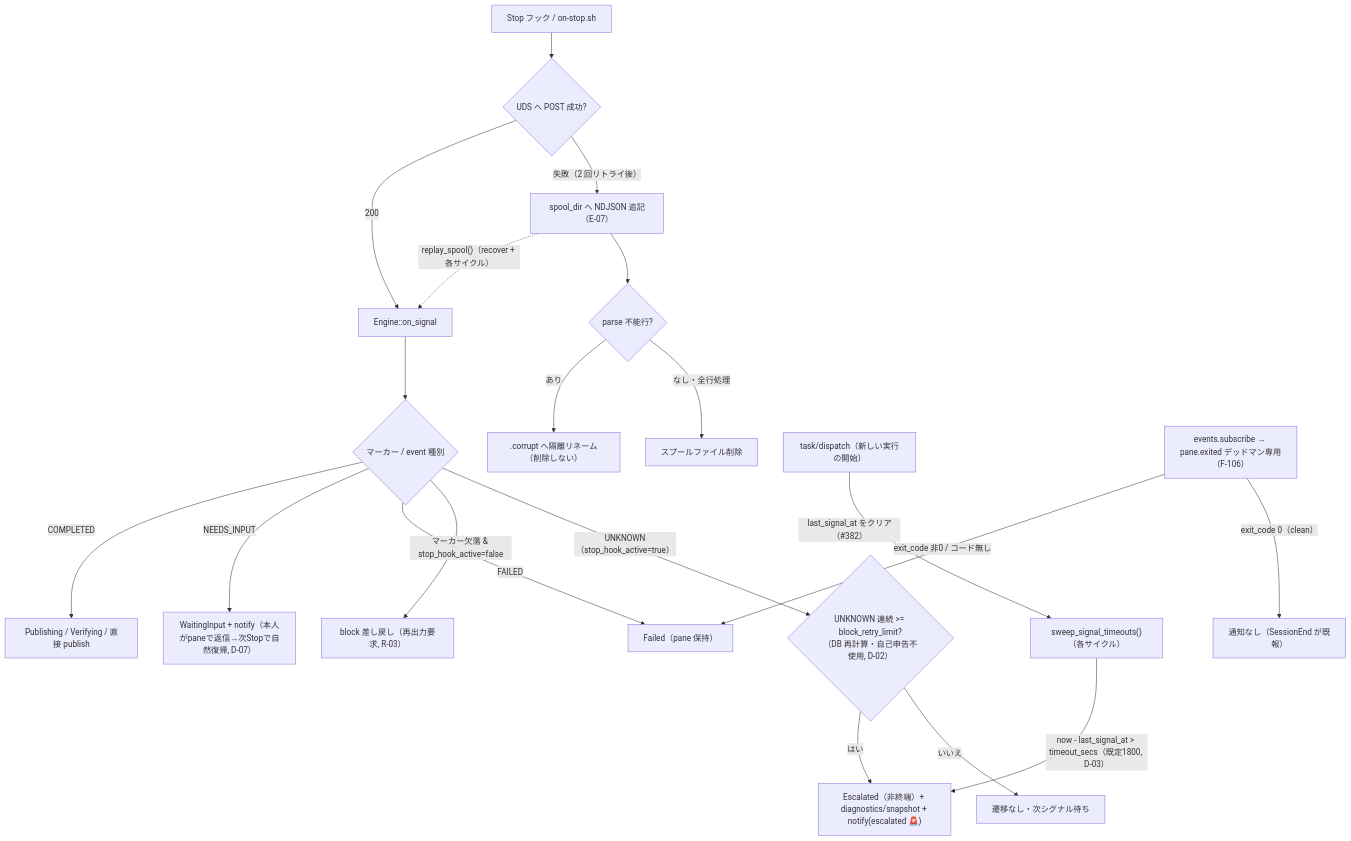
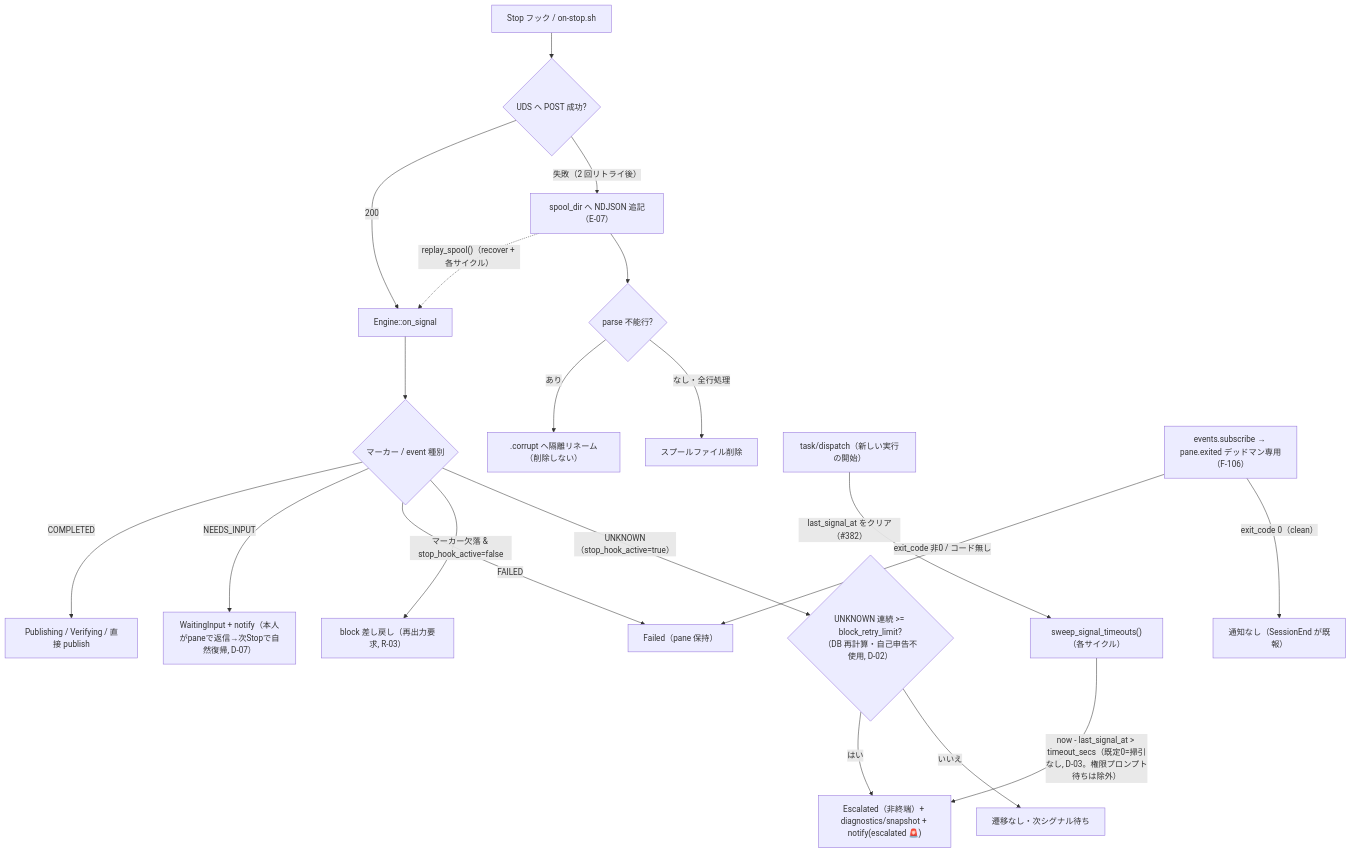
The second of 3 diagrams in ai-docs/architecture/hook-signal-flow.md (tomoya-k31/totsuka), drawn with Mermaid before and after one commit. The commit also changed other lines of this file and 21 other files, not shown here.

First line of the commit message:
feat(core): 権限プロンプト待ちを無音に数えず、timeout_secs の既定を 0 にする (#740)

````diff
--- a/ai-docs/architecture/hook-signal-flow.md
+++ b/ai-docs/architecture/hook-signal-flow.md
@@ -68,25 +68,25 @@
 ```mermaid
 flowchart TD
     STOP["Stop フック / on-stop.sh"] --> POST{"UDS へ POST 成功?"}
     POST -->|"200"| ENG["Engine::on_signal"]
     POST -->|"失敗（2 回リトライ後）"| SPOOL["spool_dir へ NDJSON 追記（E-07）"]
     SPOOL -.->|"replay_spool()（recover + 各サイクル）"| ENG
     SPOOL --> CORRUPT{"parse 不能行?"}
     CORRUPT -->|"あり"| QUAR[".corrupt へ隔離リネーム（削除しない）"]
     CORRUPT -->|"なし・全行処理"| DEL["スプールファイル削除"]
 
     ENG --> MARK{"マーカー / event 種別"}
     MARK -->|"COMPLETED"| PUB["Publishing / Verifying / 直接 publish"]
     MARK -->|"NEEDS_INPUT"| WI["WaitingInput + notify（本人がpaneで返信→次Stopで自然復帰, D-07）"]
     MARK -->|"FAILED"| FAIL["Failed（pane 保持）"]
     MARK -->|"マーカー欠落 & stop_hook_active=false"| BLOCK["block 差し戻し（再出力要求, R-03）"]
     MARK -->|"UNKNOWN（stop_hook_active=true）"| UNK{"UNKNOWN 連続 >= block_retry_limit?<br/>（DB 再計算・自己申告不使用, D-02）"}
     UNK -->|"はい"| ESC["Escalated（非終端）+ diagnostics/snapshot + notify(escalated 🚨)"]
     UNK -->|"いいえ"| WAIT["遷移なし・次シグナル待ち"]
 
-    SWEEP["sweep_signal_timeouts()（各サイクル）"] -->|"now - last_signal_at > timeout_secs（既定1800, D-03）"| ESC
+    SWEEP["sweep_signal_timeouts()（各サイクル）"] -->|"now - last_signal_at > timeout_secs（既定0=掃引なし, D-03。権限プロンプト待ちは除外）"| ESC
     DISP["task/dispatch（新しい実行の開始）"] -->|"last_signal_at をクリア（#382）"| SWEEP
 
     DEAD["events.subscribe → pane.exited デッドマン専用（F-106）"] -->|"exit_code 非0 / コード無し"| FAIL
     DEAD -->|"exit_code 0（clean）"| NOP["通知なし（SessionEnd が既報）"]
 ```
````
